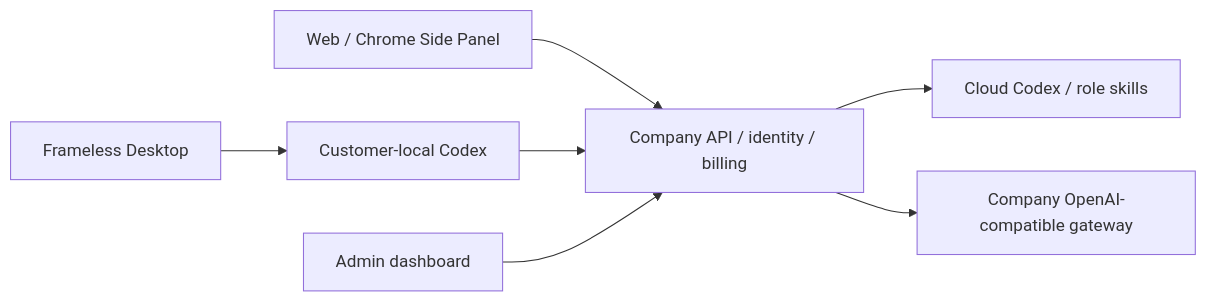
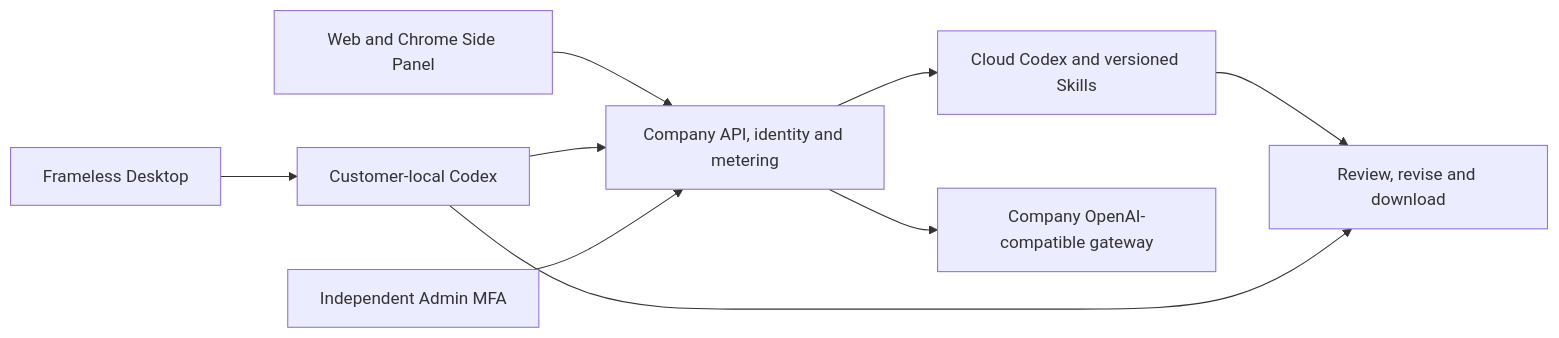
Before and after one commit to copypasteltd/workmate: the diagram in README.md, drawn with Mermaid. The commit also changed other lines of this file and 4 other files, not shown here.

````diff
--- a/README.md
+++ b/README.md
@@ -405,9 +15,11 @@
 ```mermaid
 flowchart LR
-  W[Web / Chrome Side Panel] --> A[Company API / identity / billing]
-  A --> C[Cloud Codex / role skills]
-  D[Frameless Desktop] --> L[Customer-local Codex]
-  L --> A
-  A --> P[Company OpenAI-compatible gateway]
-  M[Admin dashboard] --> A
+ W[Web and Chrome Side Panel] --> A[Company API, identity and metering]
+ A --> C[Cloud Codex and versioned Skills]
+ D[Frameless Desktop] --> L[Customer-local Codex]
+ L --> A
+ A --> G[Company OpenAI-compatible gateway]
+ M[Independent Admin MFA] --> A
+ C --> R[Review, revise and download]
+ L --> R
 ```
````
